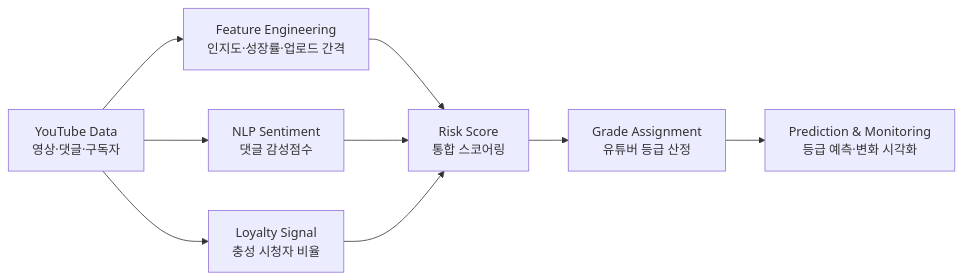
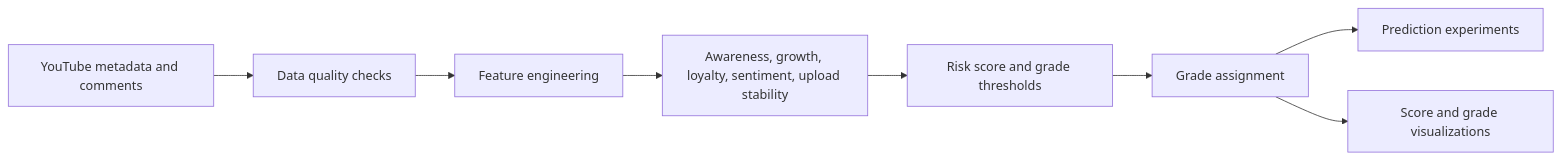
The diagram in README.md (scnelMG/Samsungfire_Risk_Management), drawn with Mermaid before and after one commit. The commit also changed other lines of this file and 3 other files, not shown here.

````diff
--- a/README.md
+++ b/README.md
@@ -53,11 +43,10 @@
 ```mermaid
 flowchart LR
-    A["YouTube Data<br/>영상·댓글·구독자"] --> B["Feature Engineering<br/>인지도·성장률·업로드 간격"]
-    A --> C["NLP Sentiment<br/>댓글 감성점수"]
-    A --> D["Loyalty Signal<br/>충성 시청자 비율"]
-    B --> E["Risk Score<br/>통합 스코어링"]
-    C --> E
-    D --> E
-    E --> F["Grade Assignment<br/>유튜버 등급 산정"]
-    F --> G["Prediction & Monitoring<br/>등급 예측·변화 시각화"]
+    A["YouTube metadata and comments"] --> B["Data quality checks"]
+    B --> C["Feature engineering"]
+    C --> D["Awareness, growth, loyalty, sentiment, upload stability"]
+    D --> E["Risk score and grade thresholds"]
+    E --> F["Grade assignment"]
+    F --> G["Prediction experiments"]
+    F --> H["Score and grade visualizations"]
 ```
````
